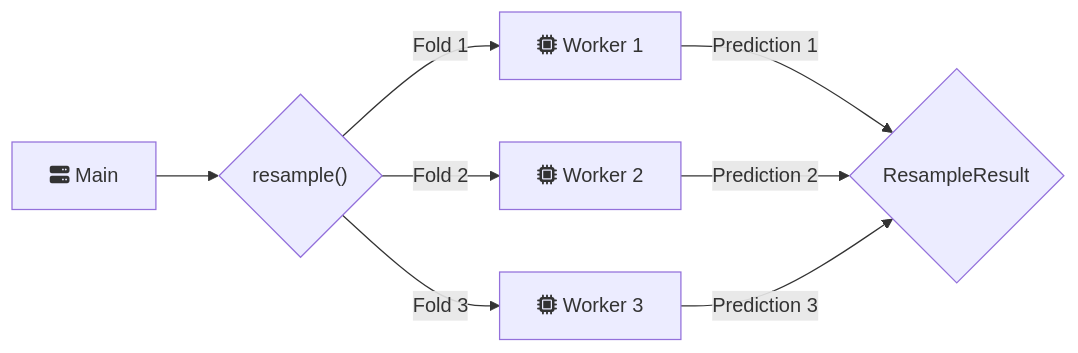
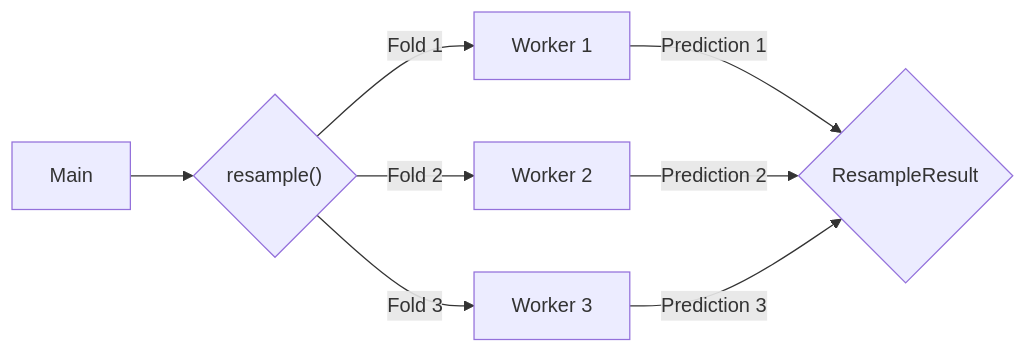
One commit to mlr-org/mlr3book changed the first of 3 diagrams in book/technical.qmd. Above: the diagram before and after it, drawn with Mermaid. The commit also changed other lines of this file and 1 other file, not shown here.

````diff
--- a/book/technical.qmd
+++ b/book/technical.qmd
@@ -247,16 +225,16 @@
 ```{mermaid}
 %%| label: fig-parallel-overview
-%%| fig-cap: Parallelization of a resampling using a 3-fold cross-validation
+%%| fig-cap: Parallelization of a resampling using 3-fold cross-validation. The main process calls the `resample()` function, which starts the parallelization process and the computational task is split into 3 parts for 3-fold CV. The folds are passed to 3 workers, each fitting a model on the respective subset of the task and predicting on the left-out observations. The predictions (and trained models) are communicated back to main process which combines them into a `ResampleResult`.
 graph LR
-    M[fa:fa-server Main]
+    M[Main]
     S{"resample()"}
     C{ResampleResult}
 
     M --> S
-    S -->|Fold 1| W1[fa:fa-microchip Worker 1]
-    S -->|Fold 2| W2[fa:fa-microchip Worker 2]
-    S -->|Fold 3| W3[fa:fa-microchip Worker 3]
+    S -->|Fold 1| W1[Worker 1]
+    S -->|Fold 2| W2[Worker 2]
+    S -->|Fold 3| W3[Worker 3]
     W1 -->|Prediction 1| C
     W2 -->|Prediction 2| C
     W3 -->|Prediction 3| C
 ```
````
